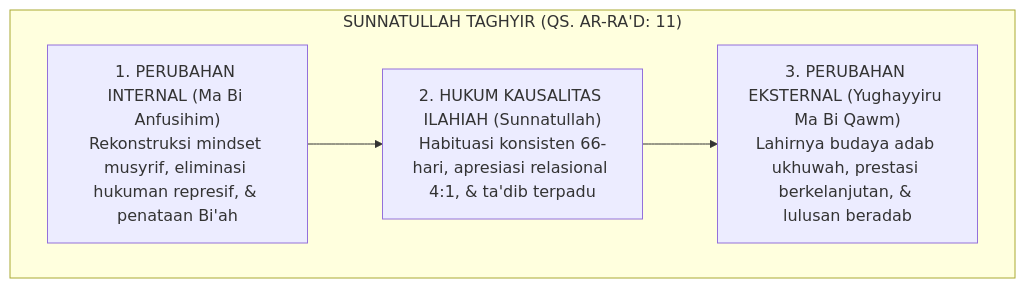
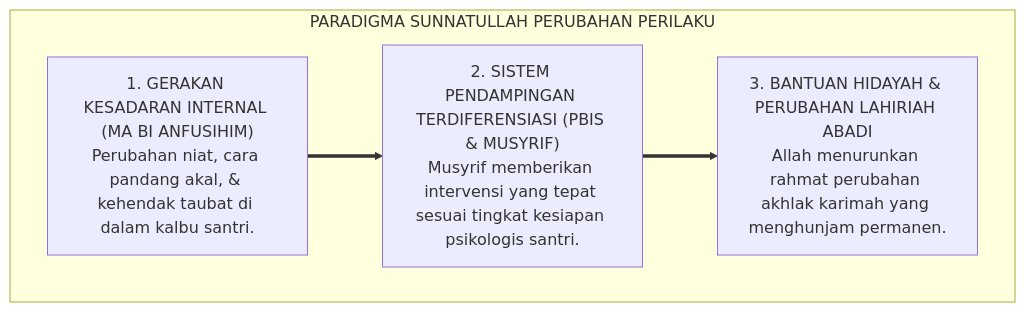
Before and after one commit to wandiapriliyandi/tumbuh: the first of 8 diagrams in 01 Philosophy/06 Change/P1-06-01-Sunnatullah-Perubahan-Jiwa-dan-Perilaku.md, drawn with Mermaid. The commit also changed other lines of this file and 31 other files, not shown here.

````diff
--- a/01 Philosophy/06 Change/P1-06-01-Sunnatullah-Perubahan-Jiwa-dan-Perilaku.md
+++ b/01 Philosophy/06 Change/P1-06-01-Sunnatullah-Perubahan-Jiwa-dan-Perilaku.md
@@ -26,10 +64,12 @@
 ```mermaid
-graph TD
-    subgraph SunnatullahTaghyir["SUNNATULLAH TAGHYIR (QS. AR-RA'D: 11)"]
-        KondisiInternal["1. PERUBAHAN INTERNAL (Ma Bi Anfusihim)<br/>Rekonstruksi mindset musyrif, eliminasi hukuman represif, & penataan Bi'ah"]
-        Sunnatullah["2. HUKUM KAUSALITAS ILAHIAH (Sunnatullah)<br/>Habituasi konsisten 66-hari, apresiasi relasional 4:1, & ta'dib terpadu"]
-        KondisiEksternal["3. PERUBAHAN EKSTERNAL (Yughayyiru Ma Bi Qawm)<br/>Lahirnya budaya adab ukhuwah, prestasi berkelanjutan, & lulusan beradab"]
+flowchart TD
+    subgraph SunnatullahPerubahanPerilaku["PARADIGMA SUNNATULLAH PERUBAHAN PERILAKU"]
+        KausaDalam["1. GERAKAN KESADARAN INTERNAL (MA BI ANFUSIHIM)<br/>Perubahan niat, cara pandang akal, & kehendak taubat di dalam kalbu santri."]
         
-        KondisiInternal --> Sunnatullah --> KondisiEksternal
+        IkhtiarSistem["2. SISTEM PENDAMPINGAN TERDIFERENSIASI (PBIS & MUSYRIF)<br/>Musyrif memberikan intervensi yang tepat sesuai tingkat kesiapan psikologis santri."]
+        
+        KetetapanIlahi["3. BANTUAN HIDAYAH & PERUBAHAN LAHIRIAH ABADI<br/>Allah menurunkan rahmat perubahan akhlak karimah yang menghunjam permanen."]
+        
+        KausaDalam ==> IkhtiarSistem ==> KetetapanIlahi
     end
 ```
````
